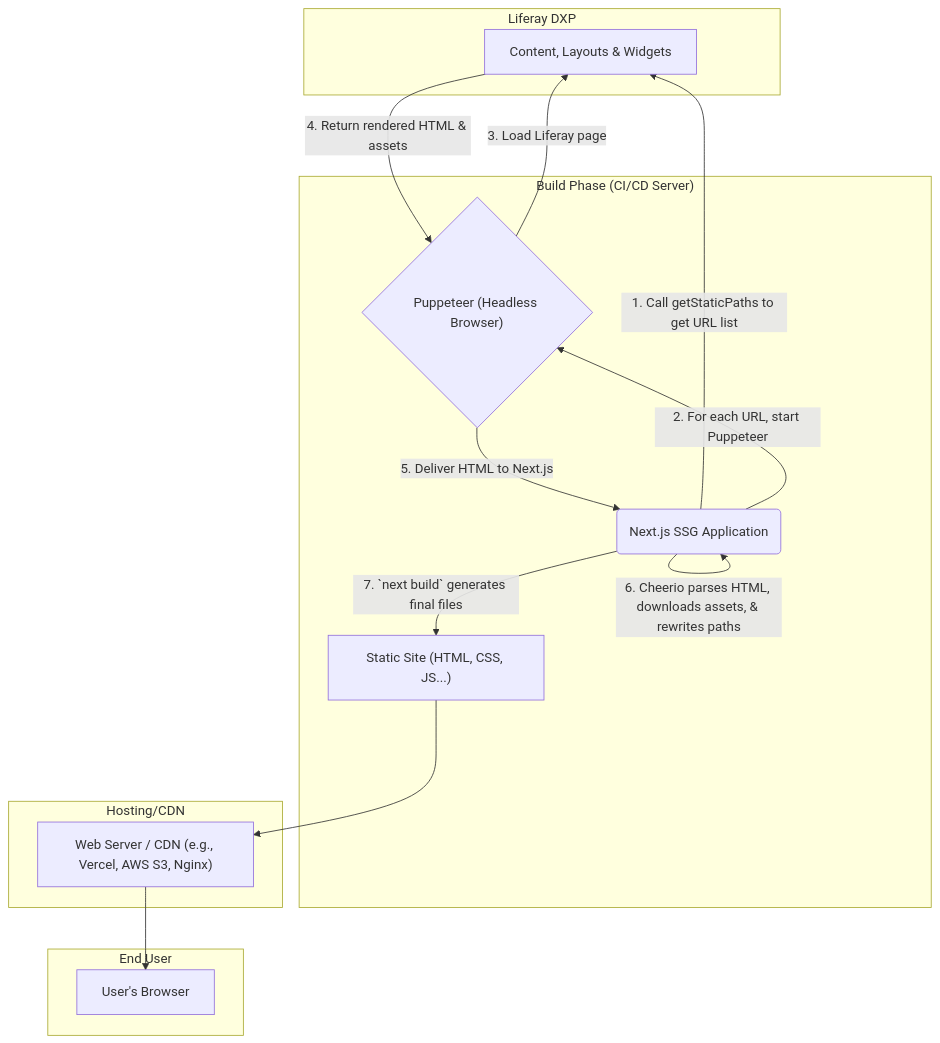
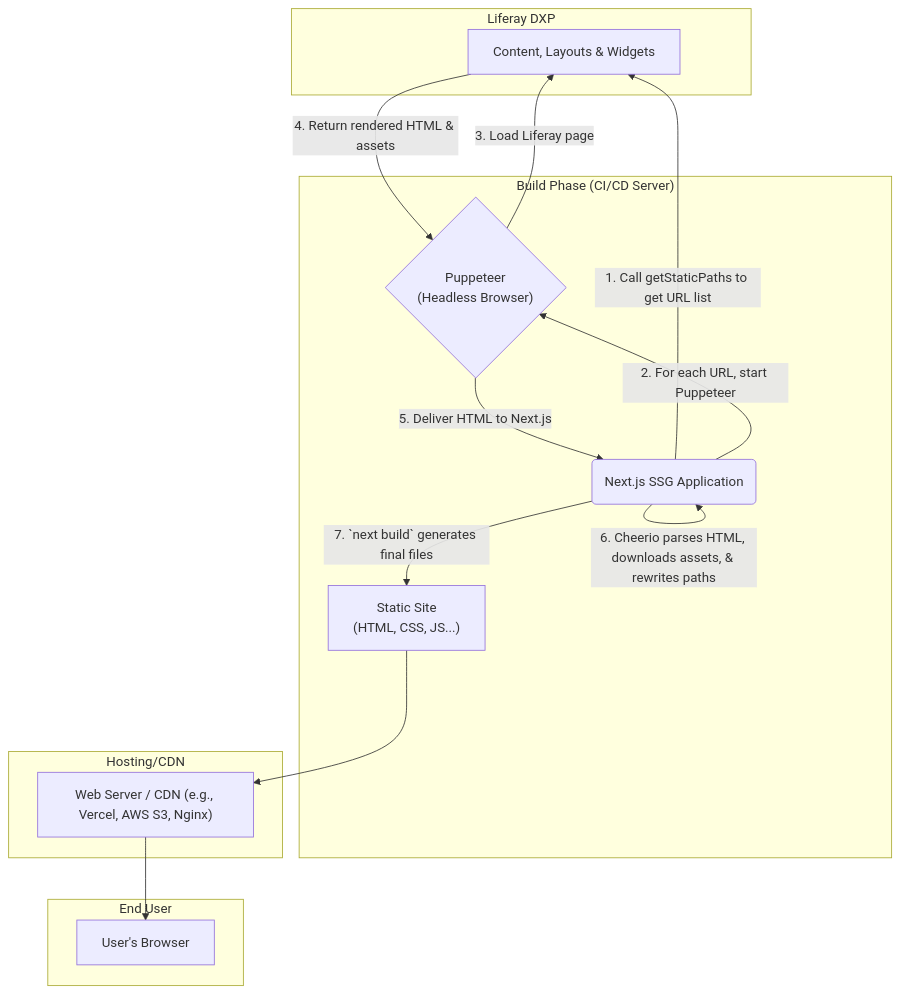
The diagram in README.md (juanmanuelrogado/ssg-poc), drawn with Mermaid before and after one commit.

````diff
--- a/README.md
+++ b/README.md
@@ -33,28 +33,28 @@
 ```mermaid
 graph TD;
     subgraph "Liferay DXP"
         A["Content, Layouts & Widgets"]
     end
 
     subgraph "Build Phase (CI/CD Server)"
         B("Next.js SSG Application")
         B --"1. Call getStaticPaths to get URL list"--> A
-        B --"2. For each URL, start Puppeteer"--> C{"Puppeteer (Headless Browser)"}
+        B --"2. For each URL, start Puppeteer"--> C{"Puppeteer<br>(Headless Browser)"}
         C --"3. Load Liferay page"--> A
         A --"4. Return rendered HTML & assets"--> C
         C --"5. Deliver HTML to Next.js"--> B
         B --"6. Cheerio parses HTML, downloads assets, & rewrites paths"--> B
-        B --"7. `next build` generates final files"--> D["Static Site (HTML, CSS, JS...)"]
+        B --"7. `next build` generates final files"--> D["Static Site<br>(HTML, CSS, JS...)"]
     end
 
     subgraph "Hosting/CDN"
         E["Web Server / CDN (e.g., Vercel, AWS S3, Nginx)"]
     end
 
     subgraph "End User"
         F["User's Browser"]
     end
 
     D --> E
     E --> F
 ```
````
